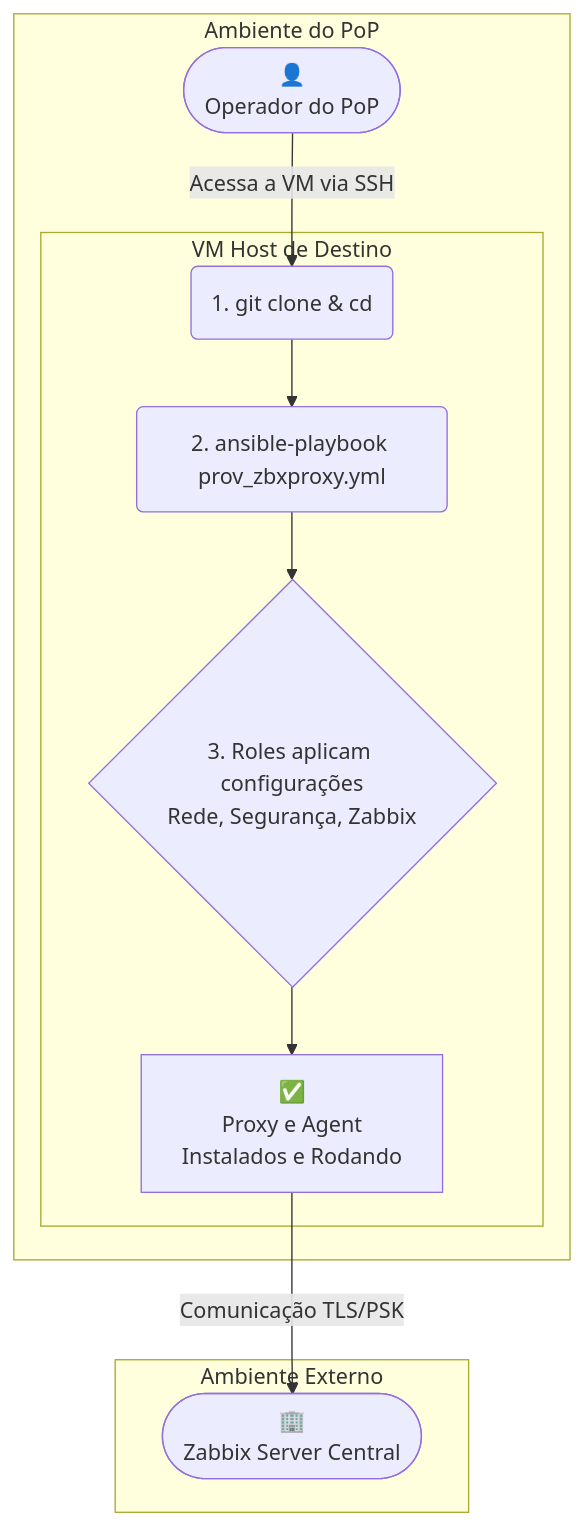
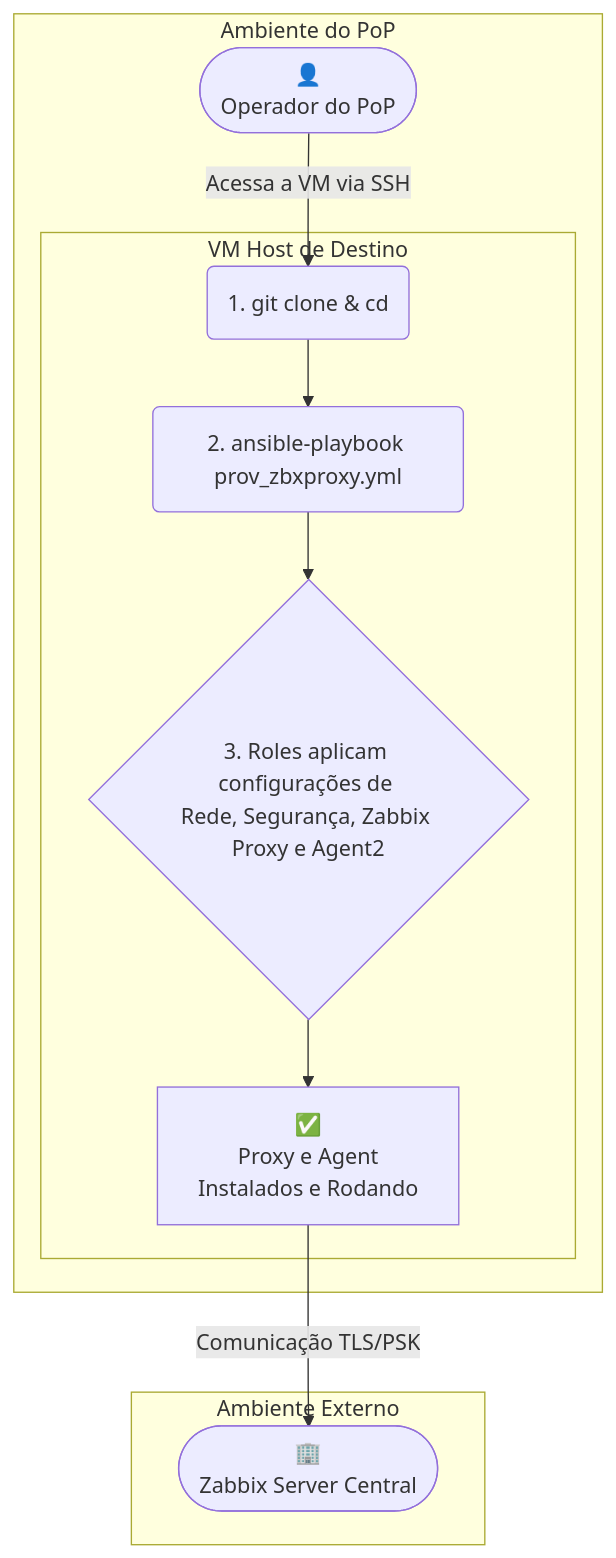
One commit to felipeanj0s/Delta changed the diagram in README.md. Above: the diagram before and after it, drawn with Mermaid.

````diff
--- a/README.md
+++ b/README.md
@@ -44,23 +44,23 @@
 ```mermaid
 graph TD;
     subgraph "Ambiente Externo"
         ZabbixServer(["🏢<br>Zabbix Server Central"]);
     end
 
     subgraph "Ambiente do PoP"
         Operador(["👤<br>Operador do PoP"]);
 
         subgraph "VM Host de Destino"
             A("1. git clone & cd");
             B("2. ansible-playbook prov_zbxproxy.yml");
-            C{"3. Roles aplicam configurações<br>Rede, Segurança, Zabbix"};
+            C{"3. Roles aplicam configurações de <br>Rede, Segurança, Zabbix Proxy e Agent2"};
             D["✅<br>Proxy e Agent<br>Instalados e Rodando"];
             
             A --> B --> C --> D;
         end
 
         Operador -- "Acessa a VM via SSH" --> A;
     end
     
     D -- "Comunicação TLS/PSK" --> ZabbixServer;
 ```
````
